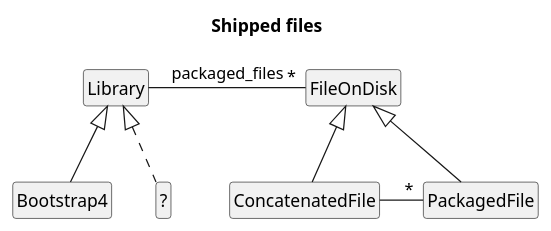
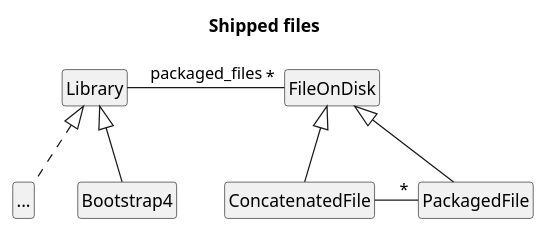
One commit to reahl/reahl changed the diagram in reahl-web/reahl/web_dev/advanced/shipped_files.puml. Above: the diagram before and after it, drawn with PlantUML. The commit also changed 28 other files, not shown here.

```diff
--- a/reahl-web/reahl/web_dev/advanced/shipped_files.puml
+++ b/reahl-web/reahl/web_dev/advanced/shipped_files.puml
@@ -1,18 +1,18 @@
 @startuml
 
 title Shipped files
 
 hide members
 hide circle
 
-
+class "..." as other_classes
 Library -right- "*" FileOnDisk : packaged_files
 FileOnDisk <|-- ConcatenatedFile
 FileOnDisk <|-- PackagedFile
 ConcatenatedFile -right- "*" PackagedFile
 
 Library <|-- Bootstrap4
-Library <|.. "?"
+Library <|.. other_classes
 
 
 @enduml
```
